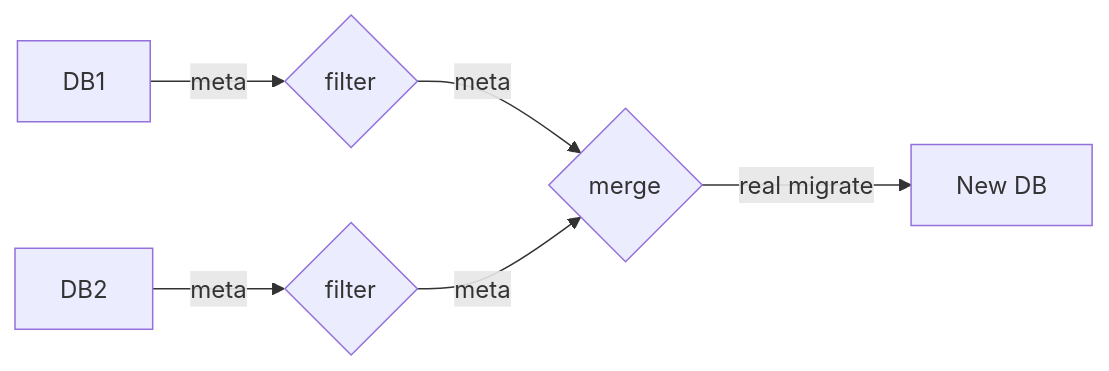
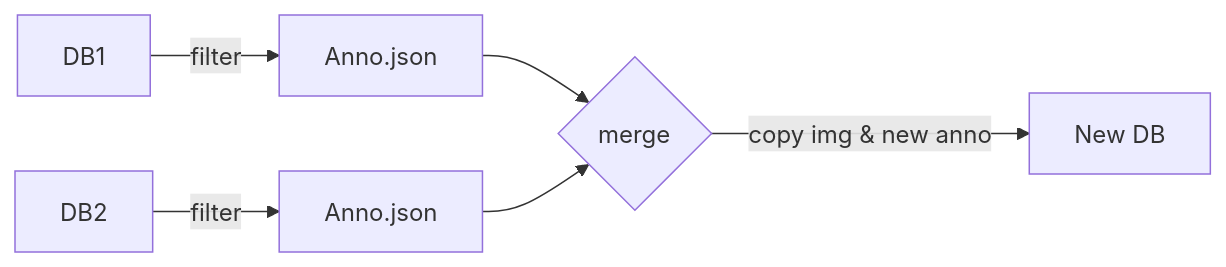
One commit to ulistar93/MV_PSR_DB_manager changed the diagram in README.md. Above: the diagram before and after it, drawn with Mermaid. The commit also changed other lines of this file, not shown here.

Commit message:
[feat] fix README

````diff
--- a/README.md
+++ b/README.md
@@ -12,8 +12,8 @@
 ```mermaid
 graph LR
-A[DB1]-->|meta| C{filter}
-B[DB2]-->|meta| D{filter}
-C -->|meta| E{merge}
-D -->|meta| E
-E -->|real migrate| F[New DB]
+A[DB1]-->|filter| C[Anno.json]
+B[DB2]-->|filter| D[Anno.json]
+C --> E{merge}
+D --> E
+E -->|copy img & new anno| F[New DB]
 ```
````
